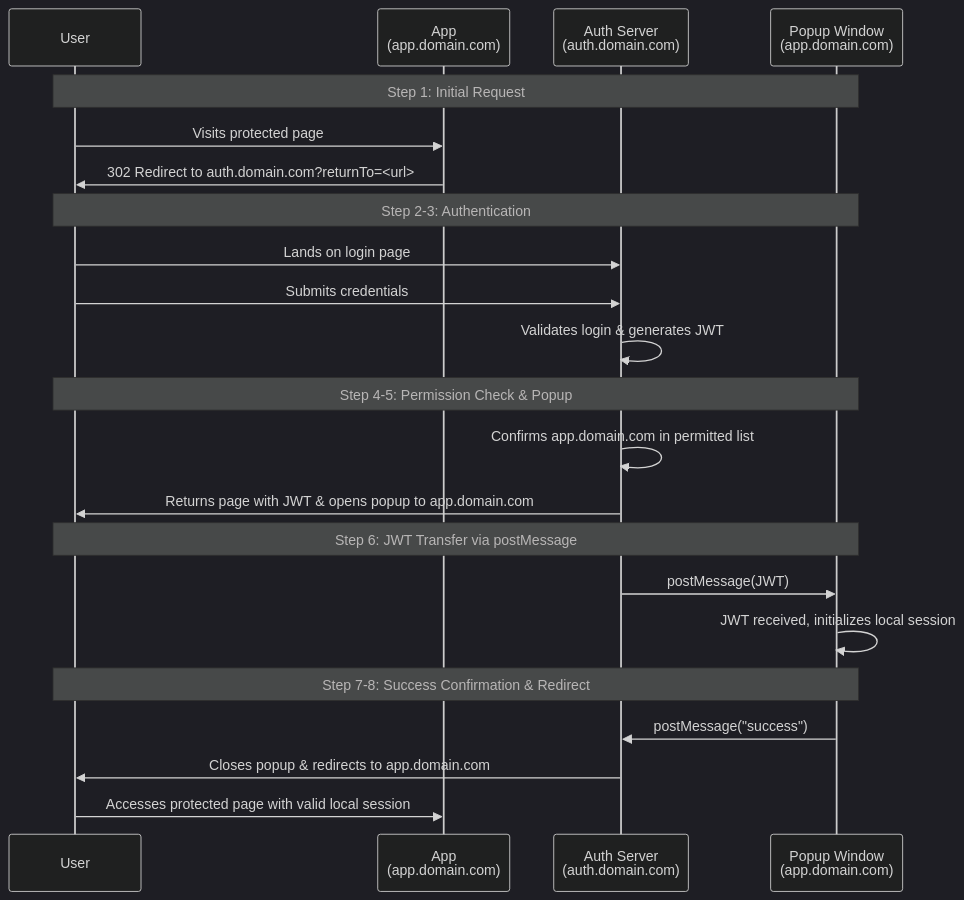
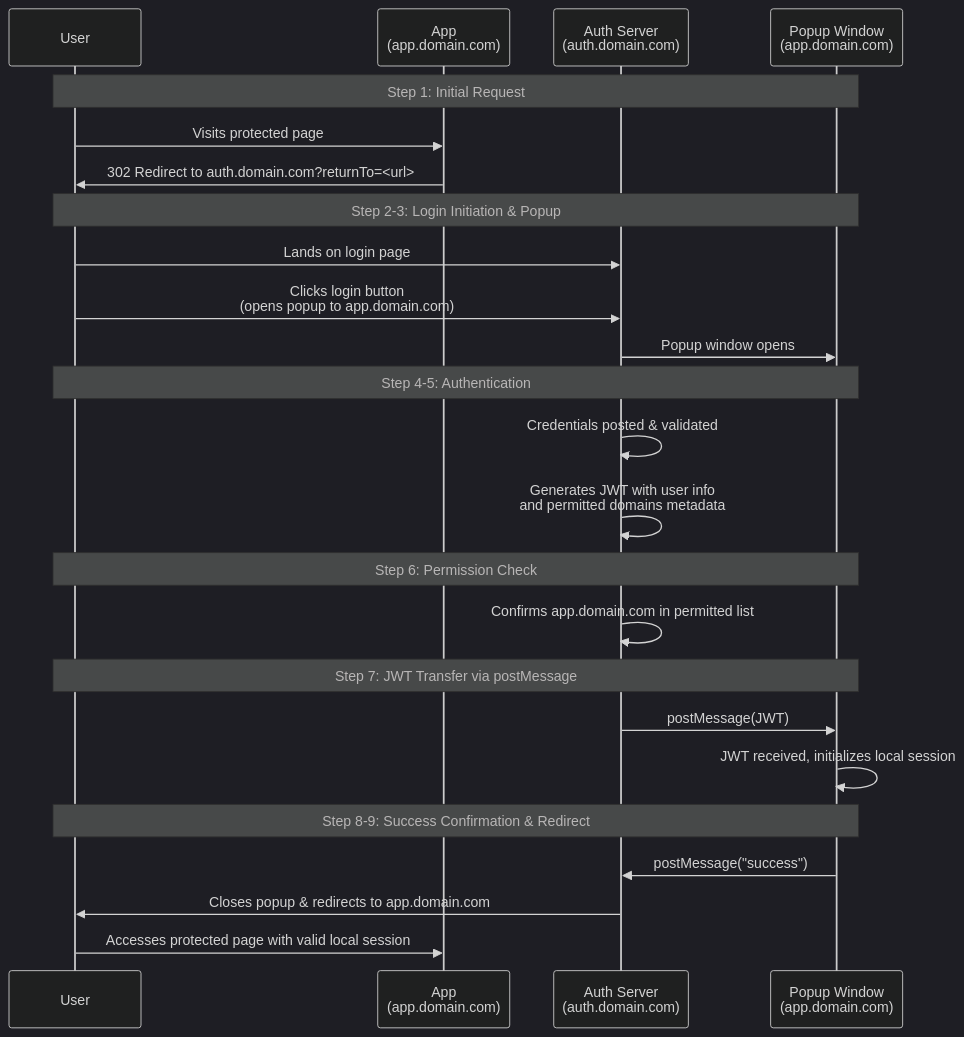
Before and after one commit to kevin-foster-uk/kevin-foster-uk.github.io: the diagram in content/posts/auth-multi-domain/index.md, drawn with Mermaid (dark theme). The commit also changed other lines of this file and 8 other files, not shown here.

Commit message:
Update multi auth domain post

````diff
--- a/content/posts/auth-multi-domain/index.md
+++ b/content/posts/auth-multi-domain/index.md
@@ -41,29 +43,32 @@
 ```mermaid
 sequenceDiagram
   participant U as User
   participant A as App<br/> (app.domain.com)
-  participant Auth as Auth Server<br/>  (auth.domain.com)
-  participant P as Popup Window<br/>  (app.domain.com)
+  participant Auth as Auth Server<br/> (auth.domain.com)
+  participant P as Popup Window<br/> (app.domain.com)
 
   Note over U, P: Step 1: Initial Request
   U->>A: Visits protected page
   A->>U: 302 Redirect to auth.domain.com?returnTo=<url>
 
-  Note over U, P: Step 2-3: Authentication
+  Note over U, P: Step 2-3: Login Initiation & Popup
   U->>Auth: Lands on login page
-  U->>Auth: Submits credentials
-  Auth->>Auth: Validates login & generates JWT
+  U->>Auth: Clicks login button<br/>(opens popup to app.domain.com)
+  Auth->>P: Popup window opens
 
-  Note over U, P: Step 4-5: Permission Check & Popup
+  Note over U, P: Step 4-5: Authentication
+  Auth->>Auth: Credentials posted & validated
+  Auth->>Auth: Generates JWT with user info<br/>and permitted domains metadata
+
+  Note over U, P: Step 6: Permission Check
   Auth->>Auth: Confirms app.domain.com in permitted list
-  Auth->>U: Returns page with JWT & opens popup to app.domain.com
 
-  Note over U, P: Step 6: JWT Transfer via postMessage
+  Note over U, P: Step 7: JWT Transfer via postMessage
   Auth->>P: postMessage(JWT)
   P->>P: JWT received, initializes local session
 
-  Note over U, P: Step 7-8: Success Confirmation & Redirect
+  Note over U, P: Step 8-9: Success Confirmation & Redirect
   P->>Auth: postMessage("success")
   Auth->>U: Closes popup & redirects to app.domain.com
   U->>A: Accesses protected page with valid local session
 ```
````
